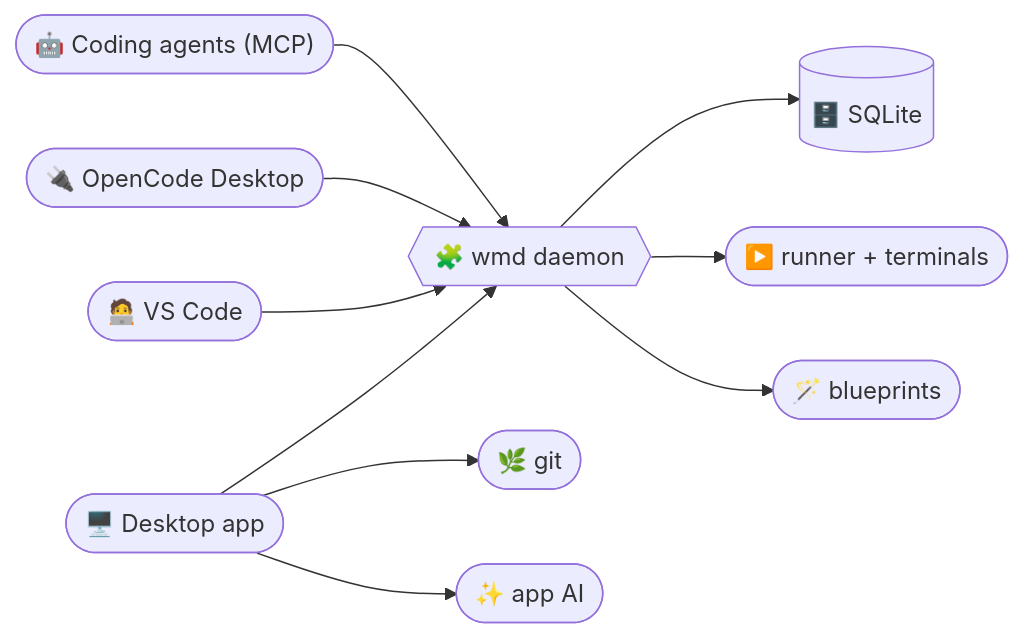
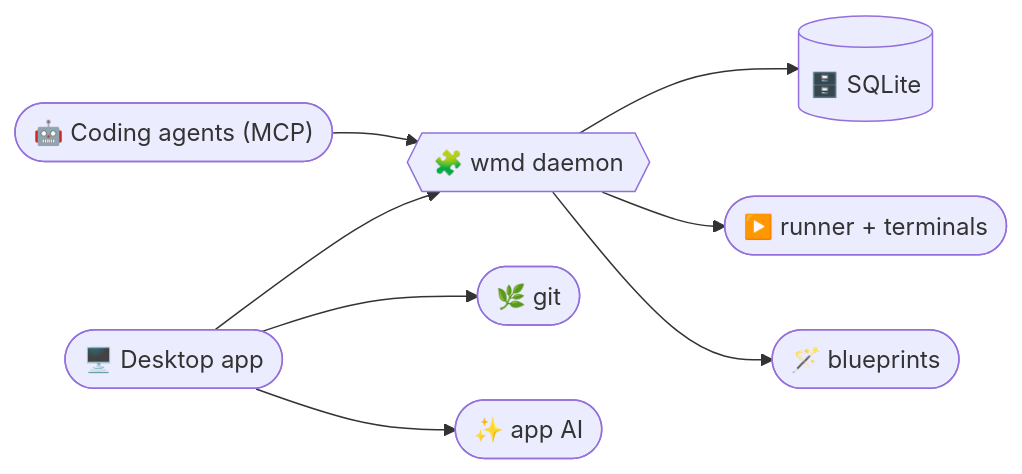
Before and after one commit to aliharakeh/workspace-manager: the diagram in README.md, drawn with Mermaid. The commit also changed other lines of this file and 41 other files, not shown here.

Commit message:
chore: remove VS Code and OpenCode clients

````diff
--- a/README.md
+++ b/README.md
@@ -27,12 +26,10 @@
 ```mermaid
 flowchart LR
     APP(["🖥️ Desktop app"]) --> D
-    VS(["🧑‍💻 VS Code"]) --> D
-    OC(["🔌 OpenCode Desktop"]) --> D
     AI(["🤖 Coding agents (MCP)"]) --> D
     D{{"🧩 wmd daemon"}} --> DB[("🗄️ SQLite")]
     D --> R(["▶️ runner + terminals"])
     D --> B(["🪄 blueprints"])
     APP --> G(["🌿 git"])
     APP --> A(["✨ app AI"])
 ```
````
